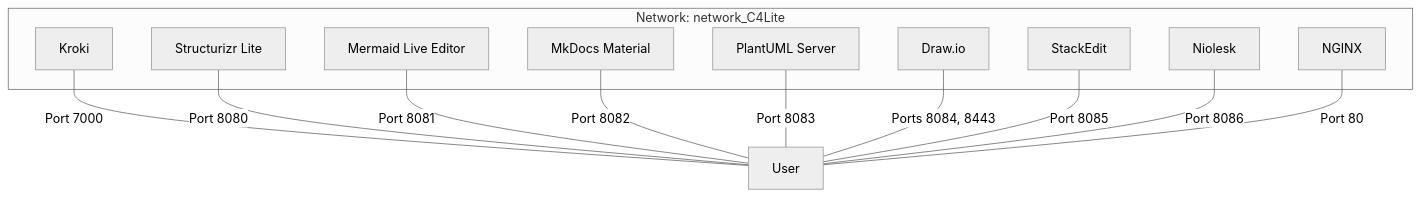
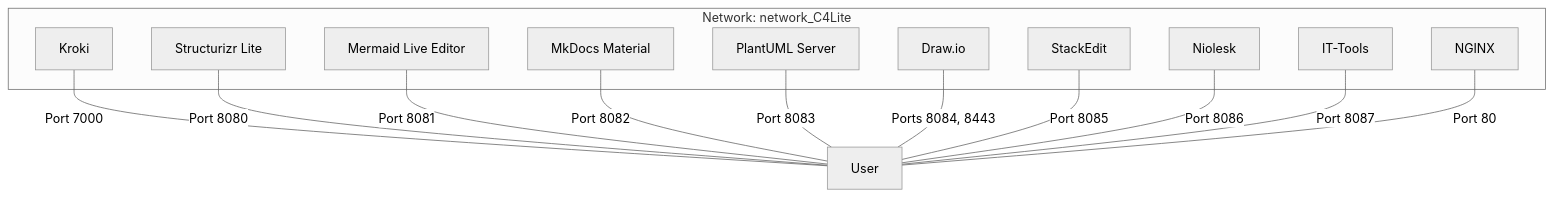
Before and after one commit to iansblog/C4Lite: the first of 3 diagrams in README.md, drawn with Mermaid (neutral theme). The commit also changed other lines of this file and 11 other files, not shown here.

````diff
--- a/README.md
+++ b/README.md
@@ -124,24 +137,26 @@
 ```mermaid
 graph TD
     subgraph Network: network_C4Lite
         kroki[Kroki]
         structurizrlite[Structurizr Lite]
         mermaidLiveEditor[Mermaid Live Editor]
         mkdocsMaterial[MkDocs Material]
         plantUMLServer[PlantUML Server]
         draw[Draw.io]
         stackedit[StackEdit]
         niolesk[Niolesk]
         nginx[NGINX]
+        it-tools[IT-Tools]
     end
 
     kroki ---|Port 7000| User
     structurizrlite ---|Port 8080| User
     mermaidLiveEditor ---|Port 8081| User
     mkdocsMaterial ---|Port 8082| User
     plantUMLServer ---|Port 8083| User
     draw ---|Ports 8084, 8443| User
     stackedit ---|Port 8085| User
     niolesk ---|Port 8086| User
+    it-tools ---|Port 8087| User
     nginx ---|Port 80| User
 ```
````
